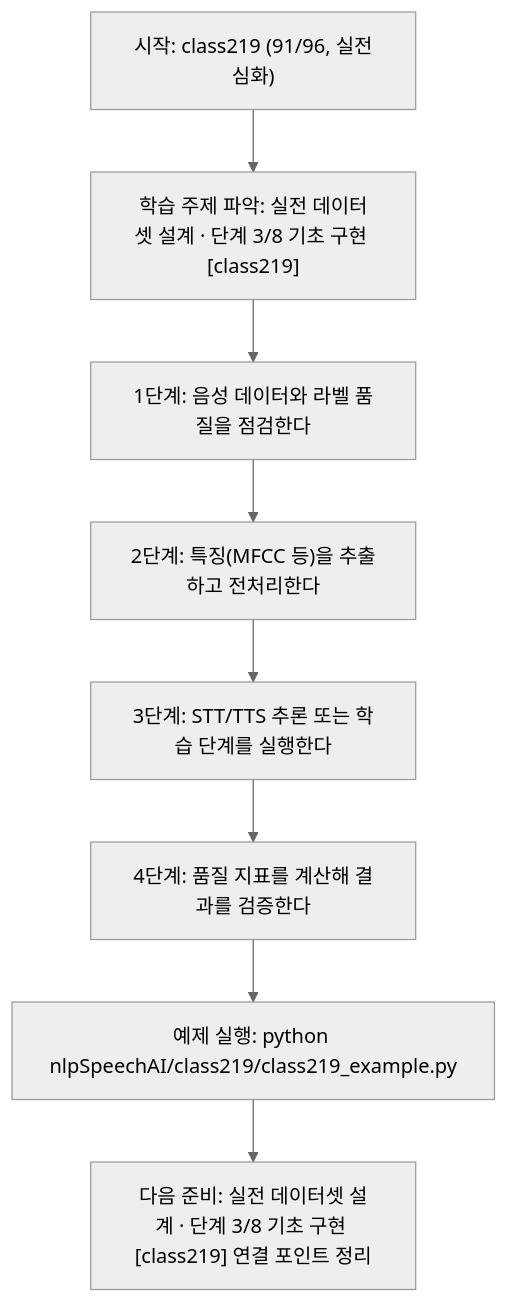
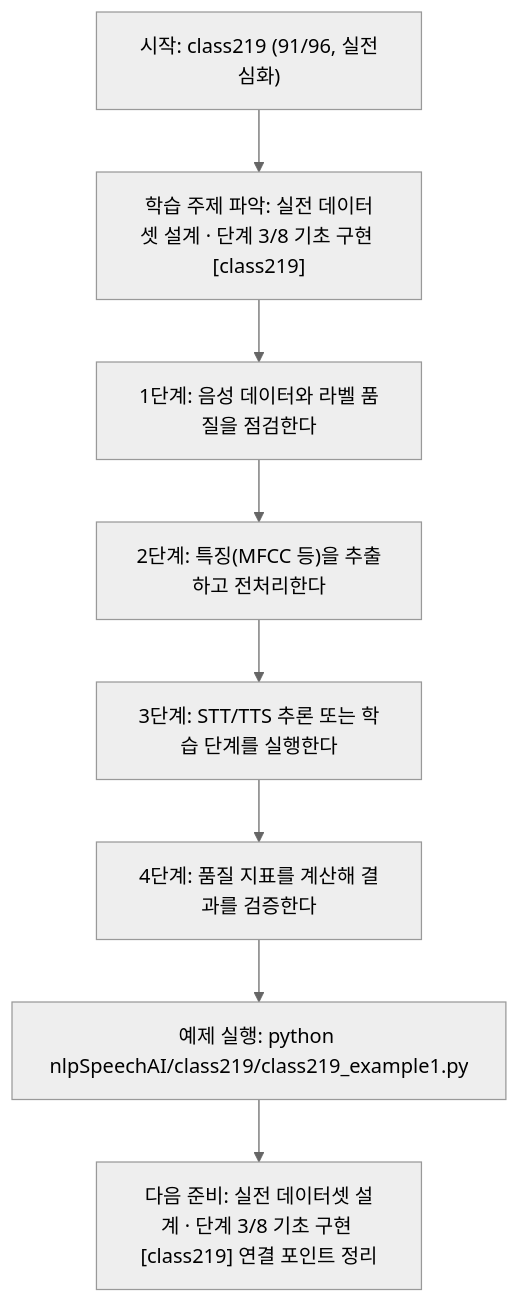
One commit to edumgt/Python-AI_Agent-Class changed the diagram in nlpSpeechAI/class219/class219.md. Above: the diagram before and after it, drawn with Mermaid (neutral theme). The commit also changed other lines of this file and 2959 other files, not shown here.

````diff
--- a/nlpSpeechAI/class219/class219.md
+++ b/nlpSpeechAI/class219/class219.md
@@ -114,18 +114,18 @@
 ```mermaid
 flowchart TD
 N1["시작: class219 (91/96, 실전심화)"]
 N2["학습 주제 파악: 실전 데이터셋 설계 · 단계 3/8 기초 구현 [class219]"]
 N3["1단계: 음성 데이터와 라벨 품질을 점검한다"]
 N4["2단계: 특징(MFCC 등)을 추출하고 전처리한다"]
 N5["3단계: STT/TTS 추론 또는 학습 단계를 실행한다"]
 N6["4단계: 품질 지표를 계산해 결과를 검증한다"]
-N7["예제 실행: python nlpSpeechAI/class219/class219_example.py"]
+N7["예제 실행: python nlpSpeechAI/class219/class219_example1.py"]
 N8["다음 준비: 실전 데이터셋 설계 · 단계 3/8 기초 구현 [class219] 연결 포인트 정리"]
 N1 --> N2
 N2 --> N3
 N3 --> N4
 N4 --> N5
 N5 --> N6
 N6 --> N7
 N7 --> N8
 ```
````
